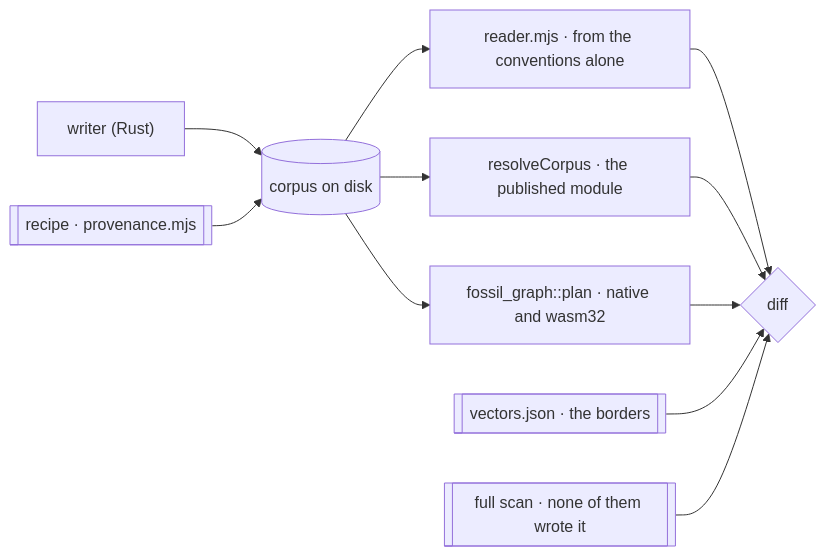
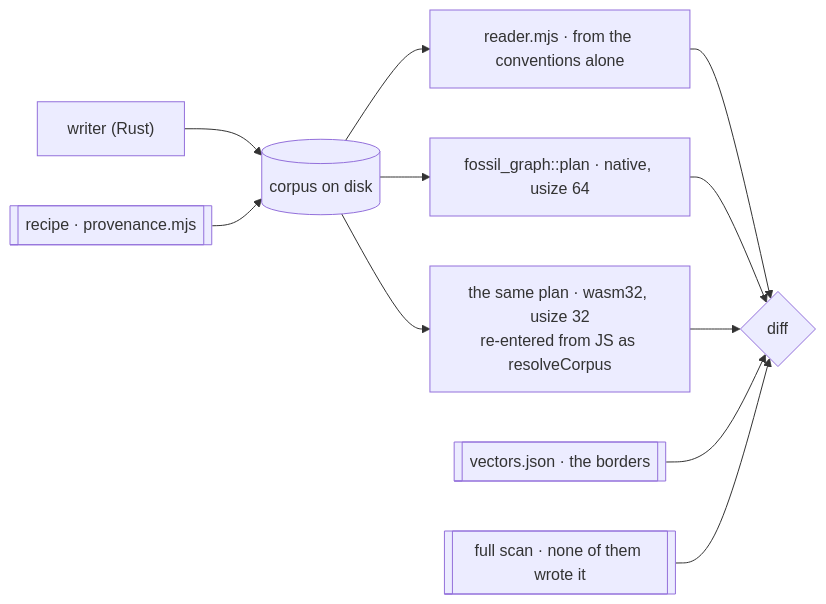
One commit to Kanzo-Tech/fossil-lang changed the second of 2 diagrams in apps/docs/content/docs/design/corpus.mdx. Above: the diagram before and after it, drawn with Mermaid. The commit also changed other lines of this file and 8 other files, not shown here.

````diff
--- a/apps/docs/content/docs/design/corpus.mdx
+++ b/apps/docs/content/docs/design/corpus.mdx
@@ -668,13 +669,13 @@
 ```mermaid
 graph LR
   W["writer (Rust)"] --> C[("corpus on disk")]
   R[["recipe · provenance.mjs"]] --> C
   C --> JS["reader.mjs · from the conventions alone"]
-  C --> TS["resolveCorpus · the published module"]
-  C --> RS["fossil_graph::plan · native and wasm32"]
+  C --> RS["fossil_graph::plan · native, usize 64"]
+  C --> WS["the same plan · wasm32, usize 32<br/>re-entered from JS as resolveCorpus"]
   JS --> D{"diff"}
-  TS --> D
   RS --> D
+  WS --> D
   V[["vectors.json · the borders"]] --> D
   S[["full scan · none of them wrote it"]] --> D
 ```
````
